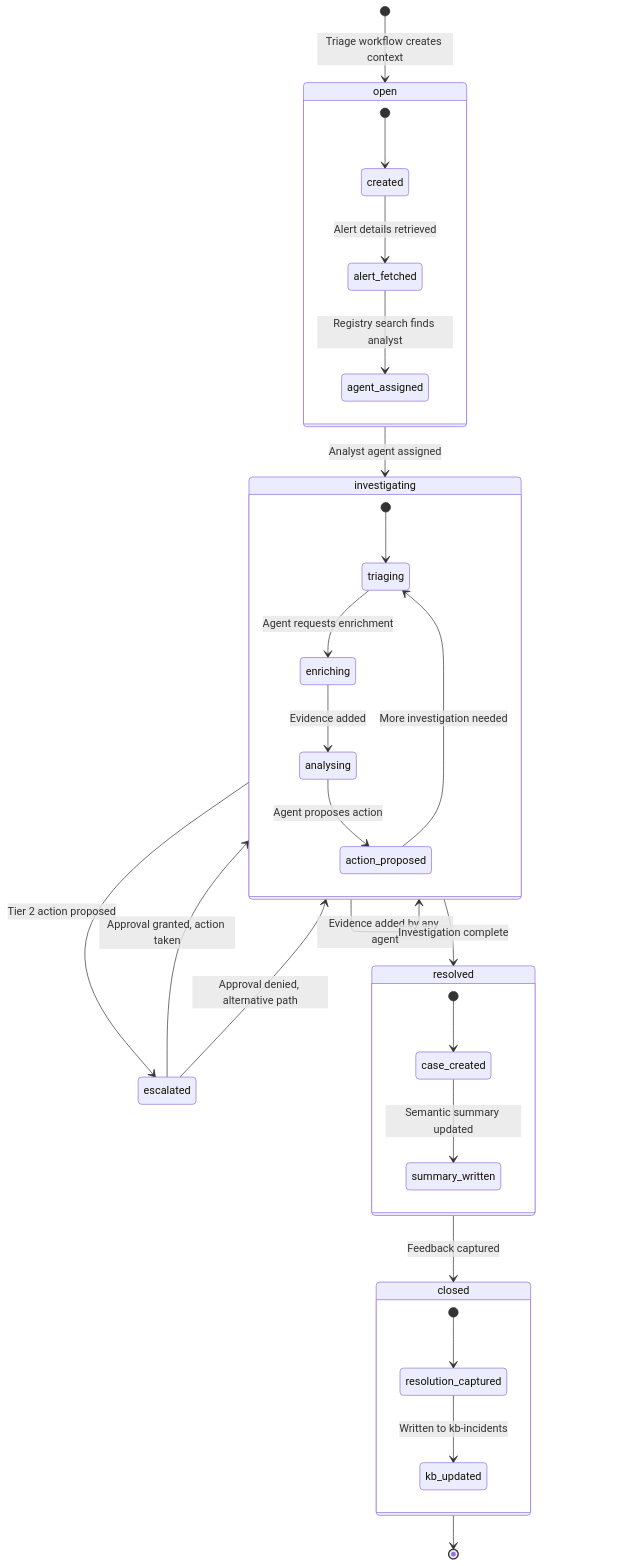
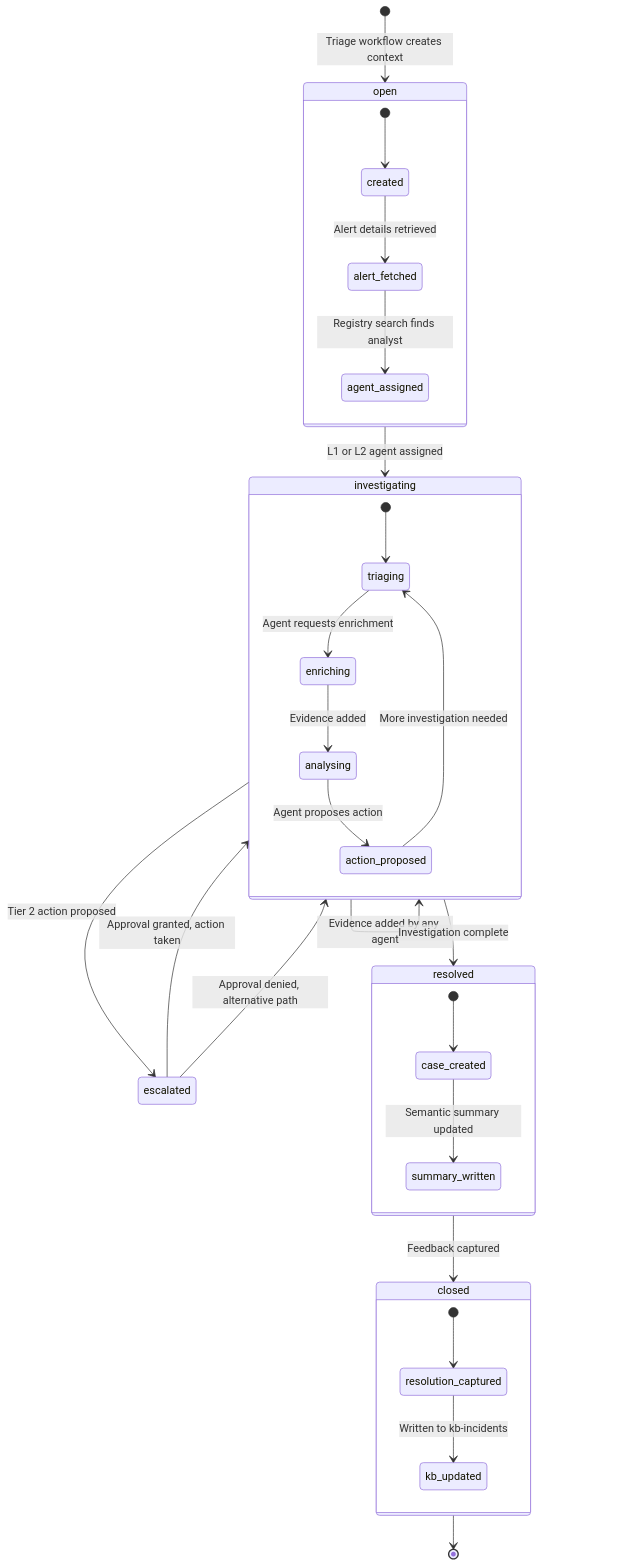
One commit to one3qualsone/elastic-security-agent-mesh changed the fifth of 11 diagrams in docs/architecture-diagrams.md. Above: the diagram before and after it, drawn with Mermaid. The commit also changed other lines of this file and 11 other files, not shown here.

````diff
--- a/docs/architecture-diagrams.md
+++ b/docs/architecture-diagrams.md
@@ -233,38 +243,38 @@
 ```mermaid
 stateDiagram-v2
     [*] --> open: Triage workflow creates context
 
-    open --> investigating: Analyst agent assigned
+    open --> investigating: L1 or L2 agent assigned
     investigating --> investigating: Evidence added by any agent
     investigating --> escalated: Tier 2 action proposed
     escalated --> investigating: Approval granted, action taken
     escalated --> investigating: Approval denied, alternative path
     investigating --> resolved: Investigation complete
     resolved --> closed: Feedback captured
 
     closed --> [*]
 
     state open {
         [*] --> created
         created --> alert_fetched: Alert details retrieved
         alert_fetched --> agent_assigned: Registry search finds analyst
     }
 
     state investigating {
         [*] --> triaging
         triaging --> enriching: Agent requests enrichment
         enriching --> analysing: Evidence added
         analysing --> action_proposed: Agent proposes action
         action_proposed --> triaging: More investigation needed
     }
 
     state resolved {
         [*] --> case_created
         case_created --> summary_written: Semantic summary updated
     }
 
     state closed {
         [*] --> resolution_captured
         resolution_captured --> kb_updated: Written to kb-incidents
     }
 ```
````
